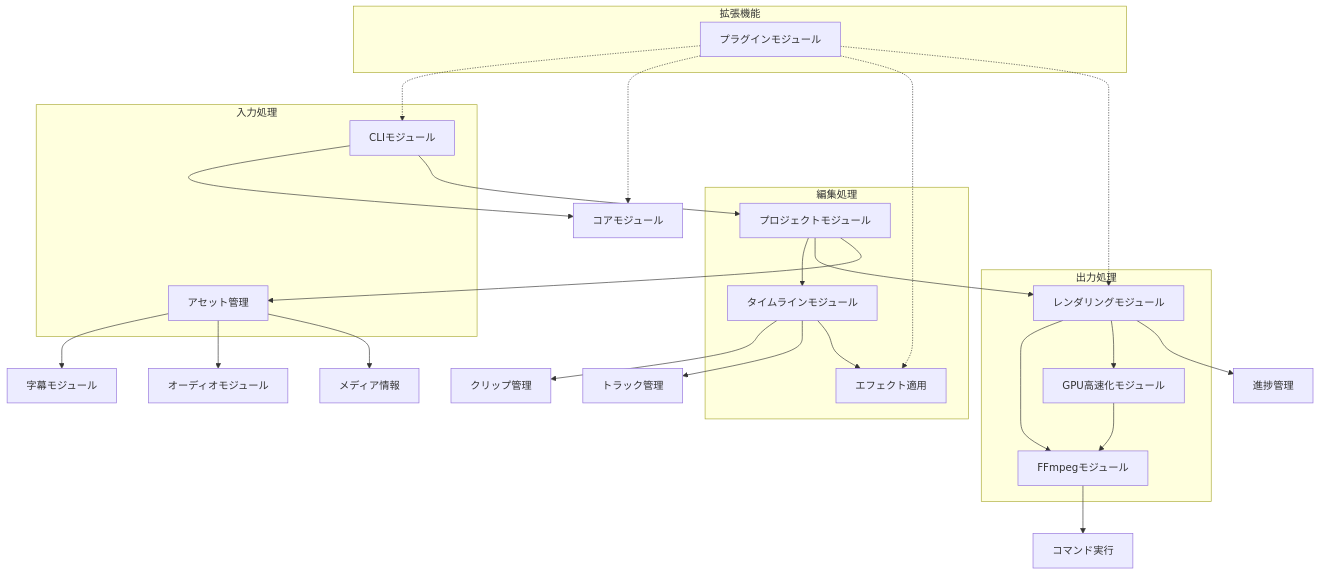
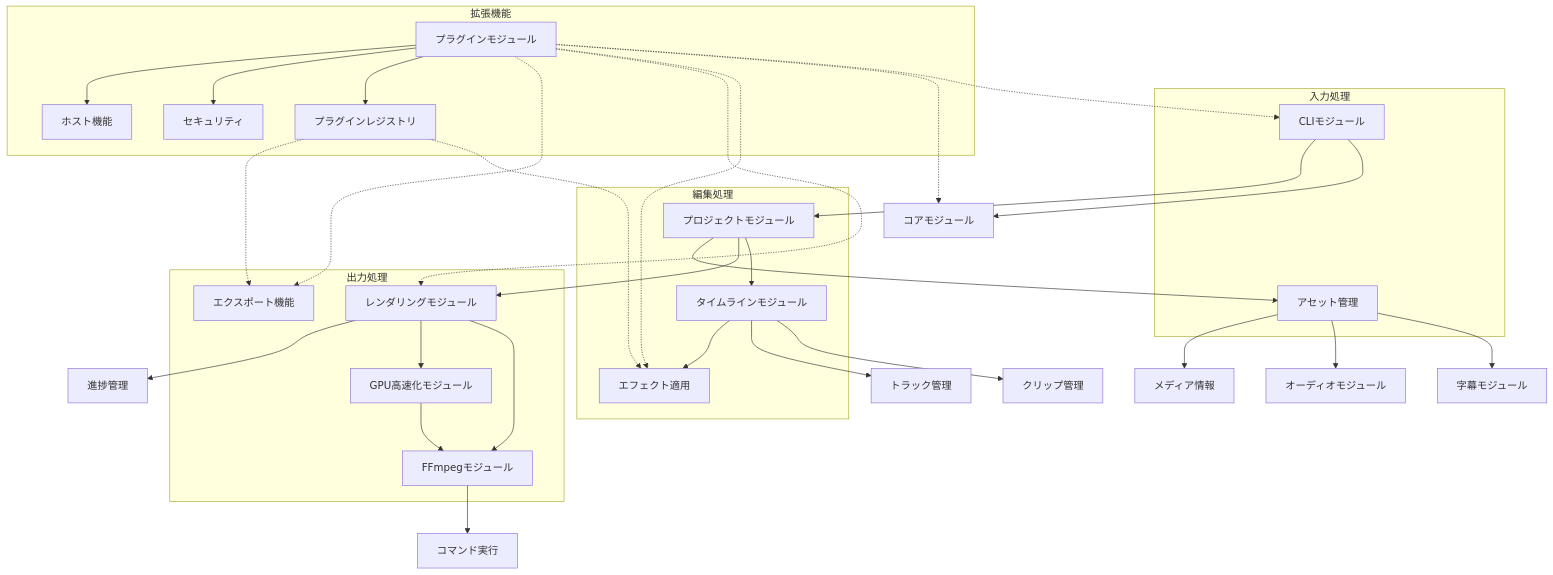
The fourth of 5 diagrams in docs-ja/00_技術ドキュメント/README.md (eda3/edv), drawn with Mermaid before and after one commit. The commit also changed other lines of this file and 3 other files, not shown here.

First line of the commit message:
docs: Update Japanese documentation for plugin system implementation and architecture

````diff
--- a/docs-ja/00_技術ドキュメント/README.md
+++ b/docs-ja/00_技術ドキュメント/README.md
@@ -171,50 +180,61 @@
 ```mermaid
 flowchart TD
     CLI[CLIモジュール] --> Core[コアモジュール]
     CLI --> Project[プロジェクトモジュール]
     
     Project --> Timeline[タイムラインモジュール]
     Project --> Render[レンダリングモジュール]
     Project --> Asset[アセット管理]
     
     Timeline --> Clip[クリップ管理]
     Timeline --> Track[トラック管理]
     Timeline --> Effect[エフェクト適用]
     
     Render --> FFmpeg[FFmpegモジュール]
     Render --> GPU[GPU高速化モジュール]
     Render --> Progress[進捗管理]
     
     Asset --> Subtitle[字幕モジュール]
     Asset --> Audio[オーディオモジュール]
     Asset --> Media[メディア情報]
     
     FFmpeg --> Exec[コマンド実行]
     GPU --> FFmpeg
     
     Plugin[プラグインモジュール] -.-> CLI
     Plugin -.-> Core
     Plugin -.-> Effect
     Plugin -.-> Render
+    Plugin -.-> Export[エクスポート機能]
     
     subgraph Input [入力処理]
         CLI
         Asset
     end
     
     subgraph Processing [編集処理]
         Project
         Timeline
         Effect
     end
     
     subgraph Output [出力処理]
         Render
         FFmpeg
         GPU
+        Export
     end
     
     subgraph Extension [拡張機能]
         Plugin
+        Registry[プラグインレジストリ]
+        Security[セキュリティ]
+        Host[ホスト機能]
     end
+    
+    Plugin --> Registry
+    Plugin --> Security
+    Plugin --> Host
+    Registry -.-> Effect
+    Registry -.-> Export
 ```
````
